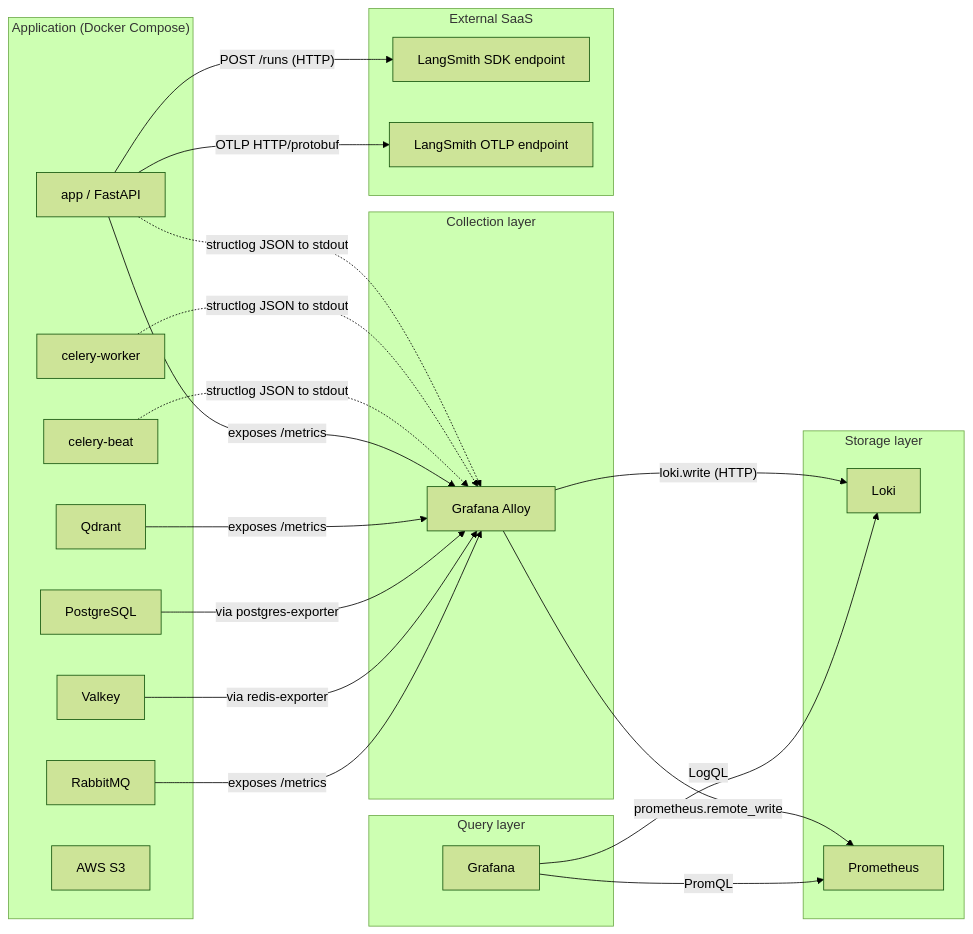
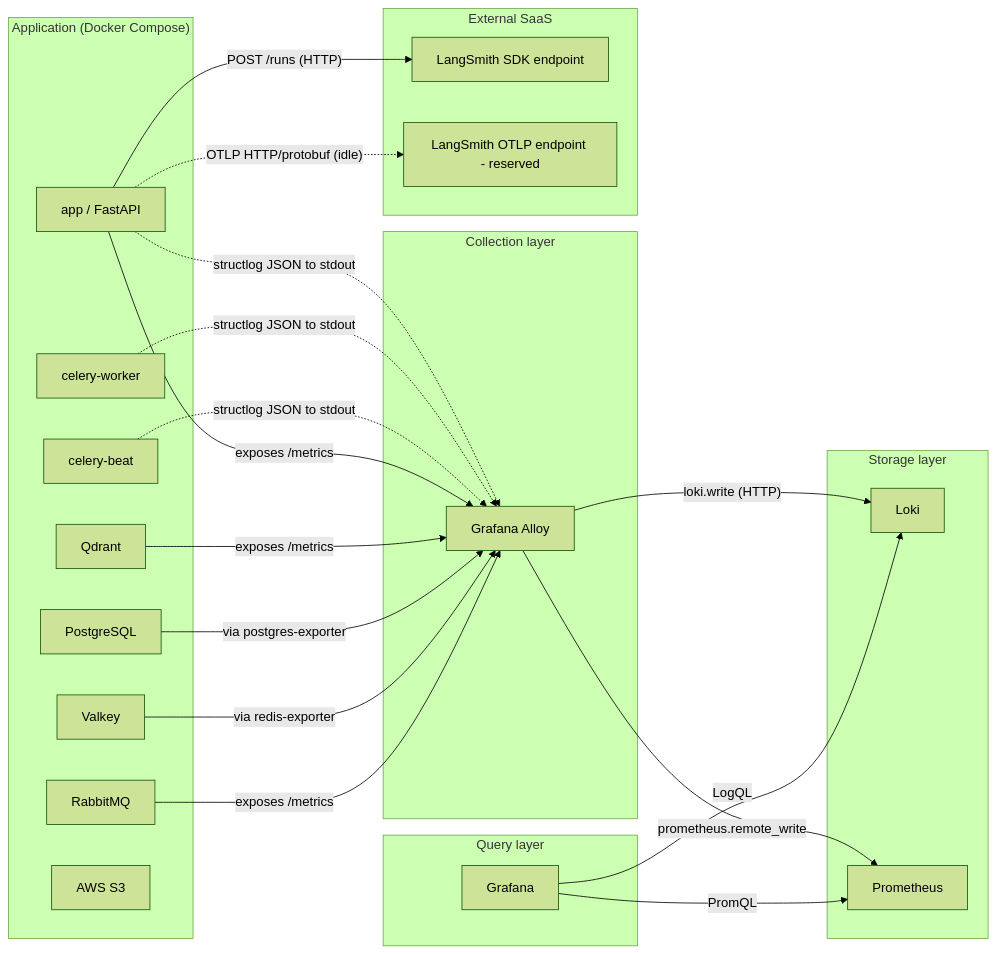
The first of 4 diagrams in docs/analysis/06-OBSERVABILITY-DESIGN.md (nguyentrungtin1709/agentic-rag-ecommerce), drawn with Mermaid (forest theme) before and after one commit. The commit also changed other lines of this file and 9 other files, not shown here.

First line of the commit message:
feat(observability): wire LangSmith SDK tracing + OTel idle infra (Phase 15)

````diff
--- a/docs/analysis/06-OBSERVABILITY-DESIGN.md
+++ b/docs/analysis/06-OBSERVABILITY-DESIGN.md
@@ -118,48 +118,48 @@
 ```mermaid
 flowchart LR
   subgraph App["Application (Docker Compose)"]
     APP[app / FastAPI]
     CELERY_W[celery-worker]
     CELERY_B[celery-beat]
     QDRANT[Qdrant]
     POSTGRES[PostgreSQL]
     VALKEY[Valkey]
     RABBIT[RabbitMQ]
     S3[AWS S3]
   end
 
   subgraph Collect["Collection layer"]
     ALLOY[Grafana Alloy]
   end
 
   subgraph Store["Storage layer"]
     LOKI[Loki]
     PROM[Prometheus]
   end
 
   subgraph Query["Query layer"]
     GRAFANA[Grafana]
   end
 
   subgraph SaaS["External SaaS"]
     LS_SDK[LangSmith SDK endpoint]
-    LS_OTLP[LangSmith OTLP endpoint]
+    LS_OTLP[LangSmith OTLP endpoint - reserved]
   end
 
   APP -.->|"structlog JSON to stdout"| ALLOY
   CELERY_W -.->|"structlog JSON to stdout"| ALLOY
   CELERY_B -.->|"structlog JSON to stdout"| ALLOY
   ALLOY -->|"loki.write (HTTP)"| LOKI
 
   APP -->|"POST /runs (HTTP)"| LS_SDK
-  APP -->|"OTLP HTTP/protobuf"| LS_OTLP
+  APP -.->|"OTLP HTTP/protobuf (idle)"| LS_OTLP
   APP -->|"exposes /metrics"| ALLOY
   QDRANT -->|"exposes /metrics"| ALLOY
   POSTGRES -->|"via postgres-exporter"| ALLOY
   VALKEY -->|"via redis-exporter"| ALLOY
   RABBIT -->|"exposes /metrics"| ALLOY
   ALLOY -->|"prometheus.remote_write"| PROM
 
   GRAFANA -->|"LogQL"| LOKI
   GRAFANA -->|"PromQL"| PROM
 ```
````
